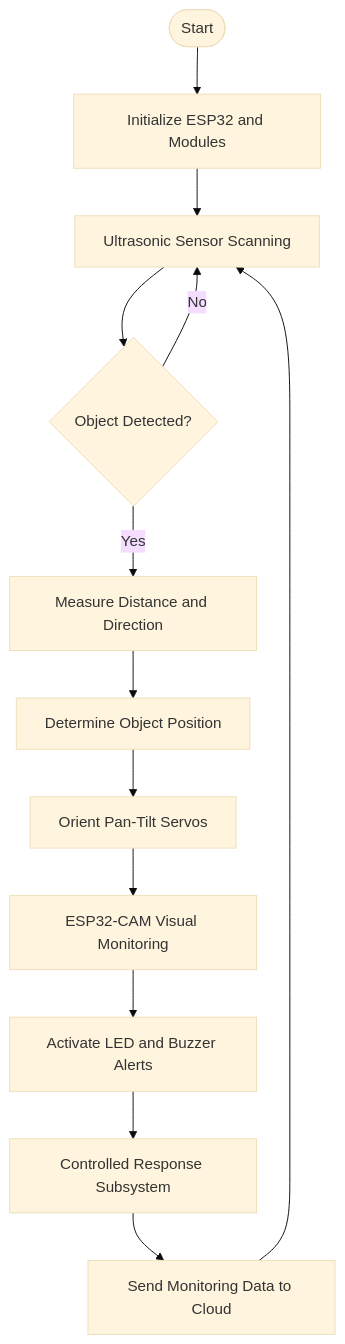
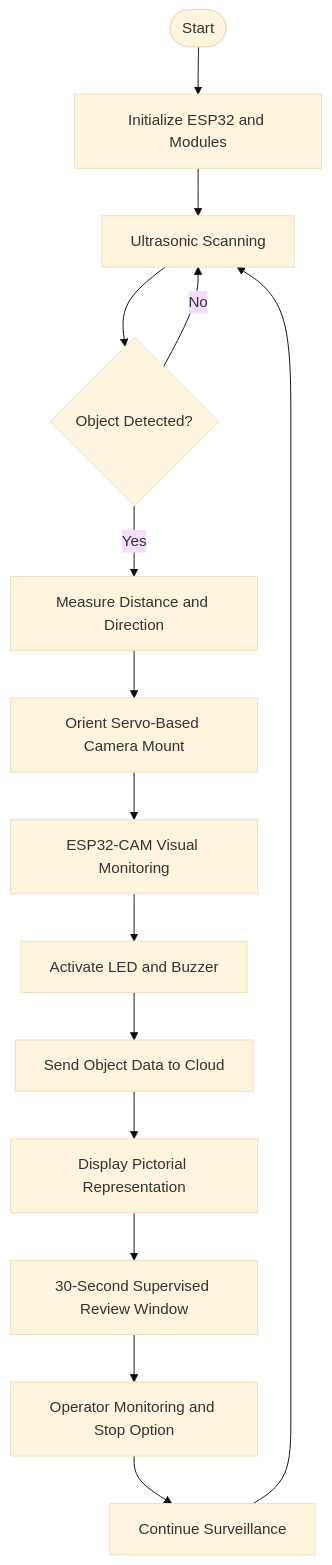
One commit to Naganurdeepa/iot-radar-surveillance-system changed the second of 2 diagrams in README.md. Above: the diagram before and after it, drawn with Mermaid (base theme). The commit also changed other lines of this file, not shown here.

````diff
--- a/README.md
+++ b/README.md
@@ -44,15 +59,17 @@
 ```mermaid
 flowchart TD
     A([Start]) --> B[Initialize ESP32 and Modules]
-    B --> C[Ultrasonic Sensor Scanning]
+    B --> C[Ultrasonic Scanning]
     C --> D{Object Detected?}
     D -->|No| C
     D -->|Yes| E[Measure Distance and Direction]
-    E --> F[Determine Object Position]
-    F --> G[Orient Pan-Tilt Servos]
-    G --> H[ESP32-CAM Visual Monitoring]
-    H --> I[Activate LED and Buzzer Alerts]
-    I --> J[Controlled Response Subsystem]
-    J --> K[Send Monitoring Data to Cloud]
-    K --> C
+    E --> F[Orient Servo-Based Camera Mount]
+    F --> G[ESP32-CAM Visual Monitoring]
+    G --> H[Activate LED and Buzzer]
+    H --> I[Send Object Data to Cloud]
+    I --> J[Display Pictorial Representation]
+    J --> K[30-Second Supervised Review Window]
+    K --> M[Operator Monitoring and Stop Option]
+    M --> N[Continue Surveillance]
+    N --> C
 ```
````
